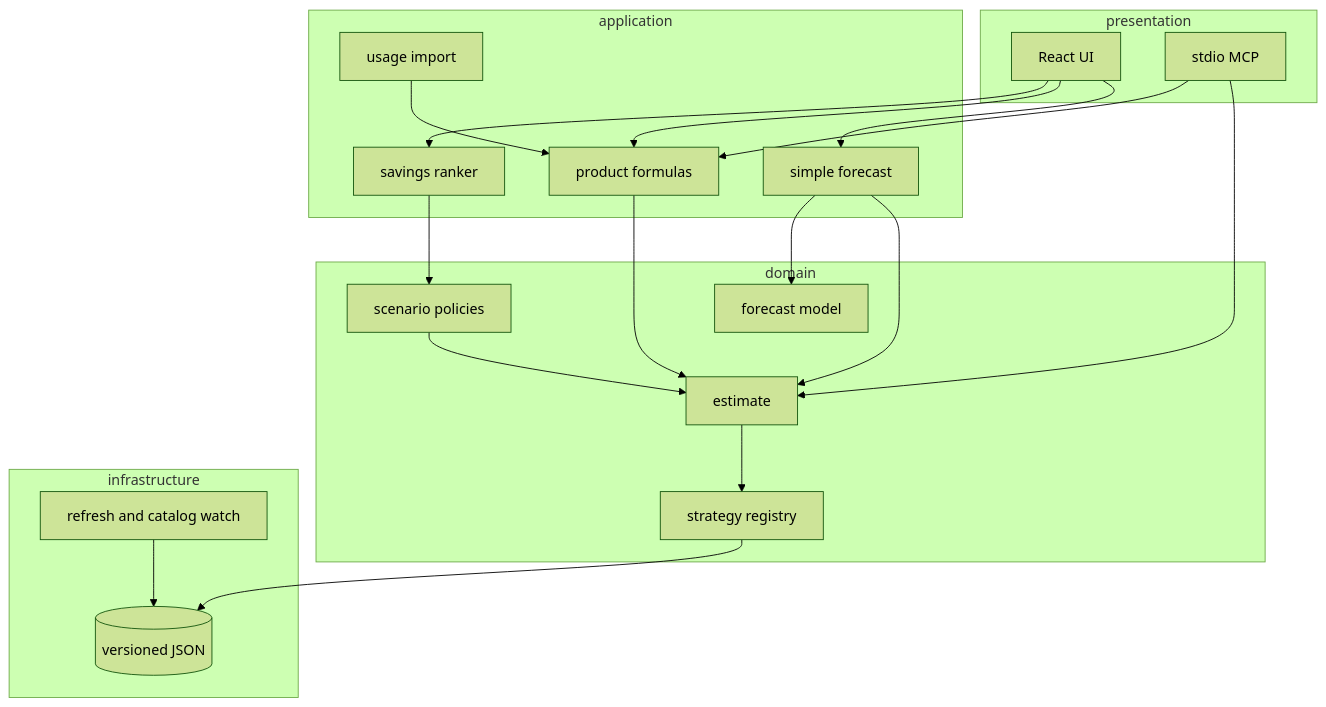
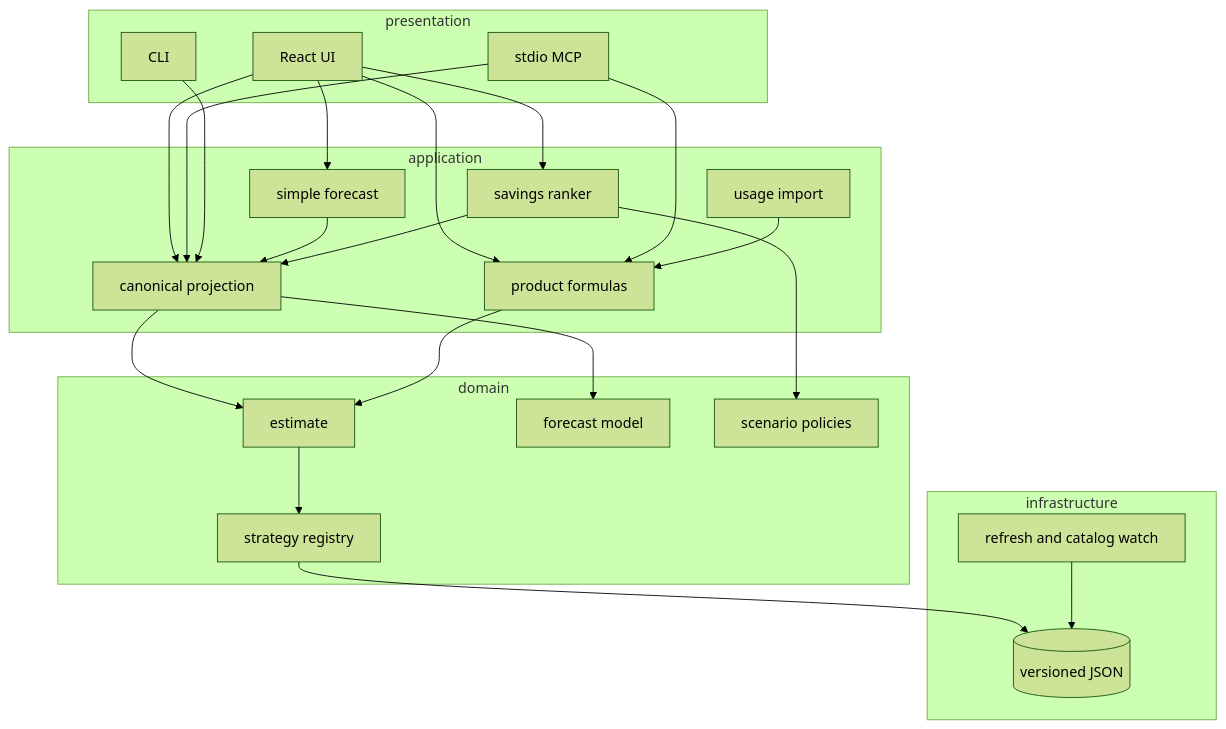
The diagram in docs/ARCHITECTURE.md (santoshshinde2012/Catalogfore), drawn with Mermaid (forest theme) before and after one commit. The commit also changed other lines of this file and 181 other files, not shown here.

````diff
--- a/docs/ARCHITECTURE.md
+++ b/docs/ARCHITECTURE.md
@@ -5,38 +5,43 @@
 ```mermaid
 flowchart TB
   subgraph presentation
     Web[React UI]
     MCP[stdio MCP]
+    CLI[CLI]
   end
   subgraph application
     Simple[simple forecast]
+    Projection[canonical projection]
     Products[product formulas]
     Usage[usage import]
     Recs[savings ranker]
   end
   subgraph domain
     Estimate[estimate]
     Registry[strategy registry]
     Forecast[forecast model]
     Policies[scenario policies]
   end
   subgraph infrastructure
     JSON[(versioned JSON)]
     Scripts[refresh and catalog watch]
   end
 
   Web --> Simple
   Web --> Products
   Web --> Recs
-  MCP --> Estimate
+  Web --> Projection
+  MCP --> Projection
+  CLI --> Projection
   MCP --> Products
-  Simple --> Estimate
-  Simple --> Forecast
+  Simple --> Projection
+  Projection --> Estimate
+  Projection --> Forecast
   Products --> Estimate
   Usage --> Products
   Estimate --> Registry
   Registry --> JSON
-  Policies --> Estimate
+  Recs --> Projection
   Recs --> Policies
   Scripts --> JSON
 ```
````
